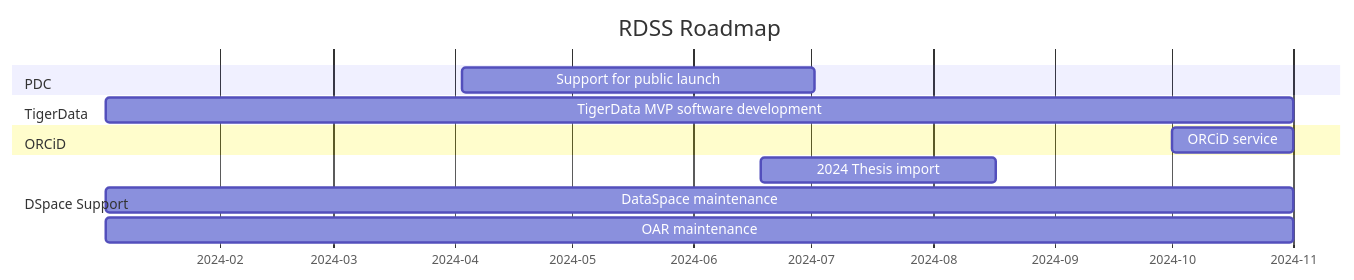
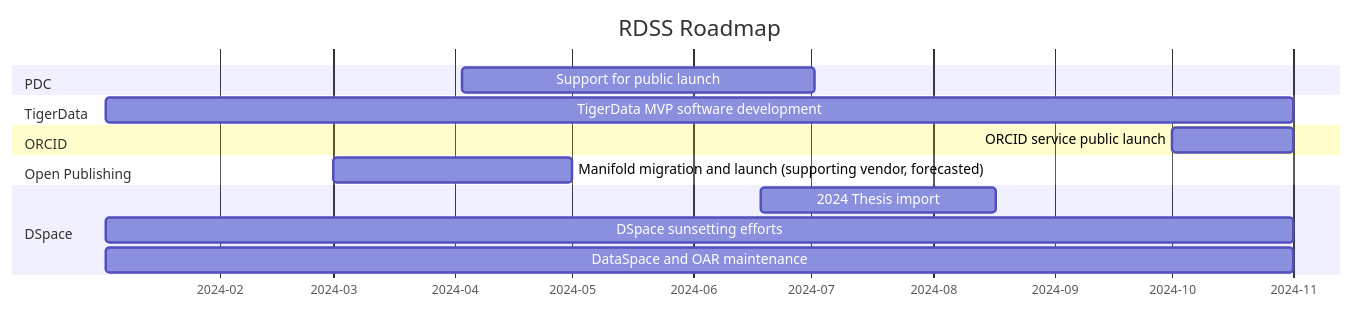
Before and after one commit to pulibrary/rdss-handbook: the first of 35 diagrams in roadmap.md, drawn with Mermaid.

Commit message:
Added DSpace sunsetting and manifold

````diff
--- a/roadmap.md
+++ b/roadmap.md
@@ -5,16 +5,18 @@
 ```mermaid
 gantt
     title RDSS Roadmap
     axisFormat  %Y-%m
     dateformat YYYY-MM
     section PDC
-    Support for public launch : pd1,2024-04-03,90d
+    Support for public launch: pd1,2024-04-03,90d
     section TigerData
     TigerData MVP software development: td1,2024-01-03,303d
-    section ORCiD
-    ORCiD service: pd3,2024-10-01,31d
-    section DSpace Support
+    section ORCID
+    ORCID service public launch: pd3,2024-10-01,31d
+    section Open Publishing
+    Manifold migration and launch (supporting vendor, forecasted): op1,2024-03-01,61d
+    section DSpace
     2024 Thesis import: dsp1,2024-06-18,60d
-    DataSpace maintenance: dsp3,2024-01-03,303d
-    OAR maintenance: dsp4,2024-01-03,303d
+    DSpace sunsetting efforts: dsp2,2024-01-03,303d
+    DataSpace and OAR maintenance: dsp3,2024-01-03,303d
 ```
````
